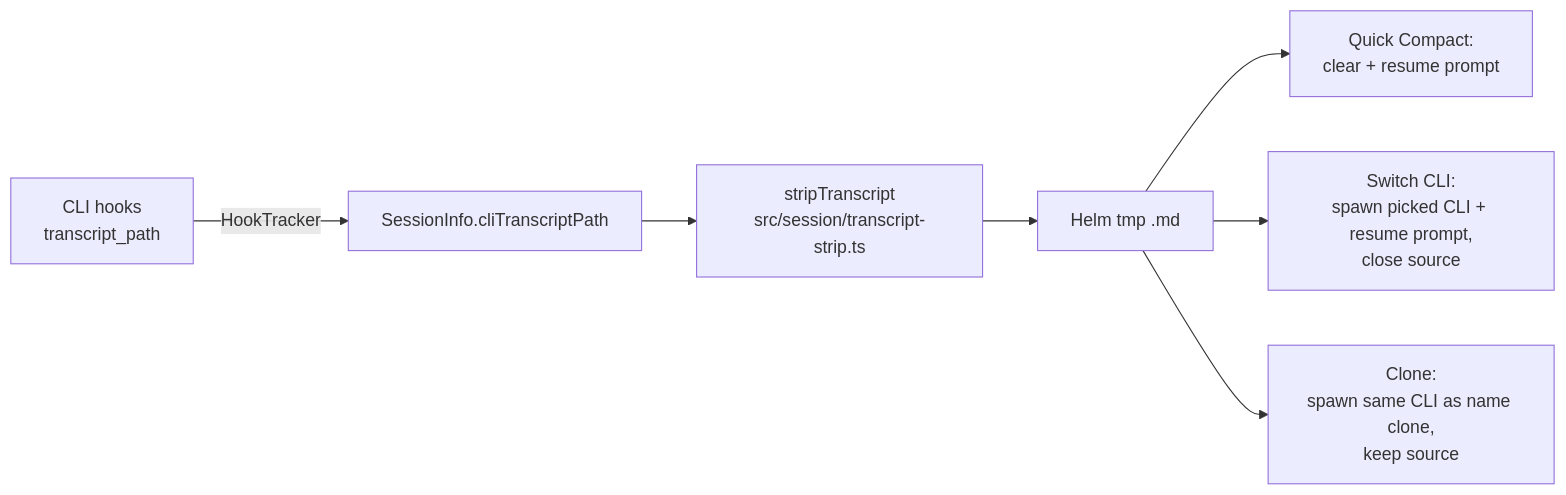
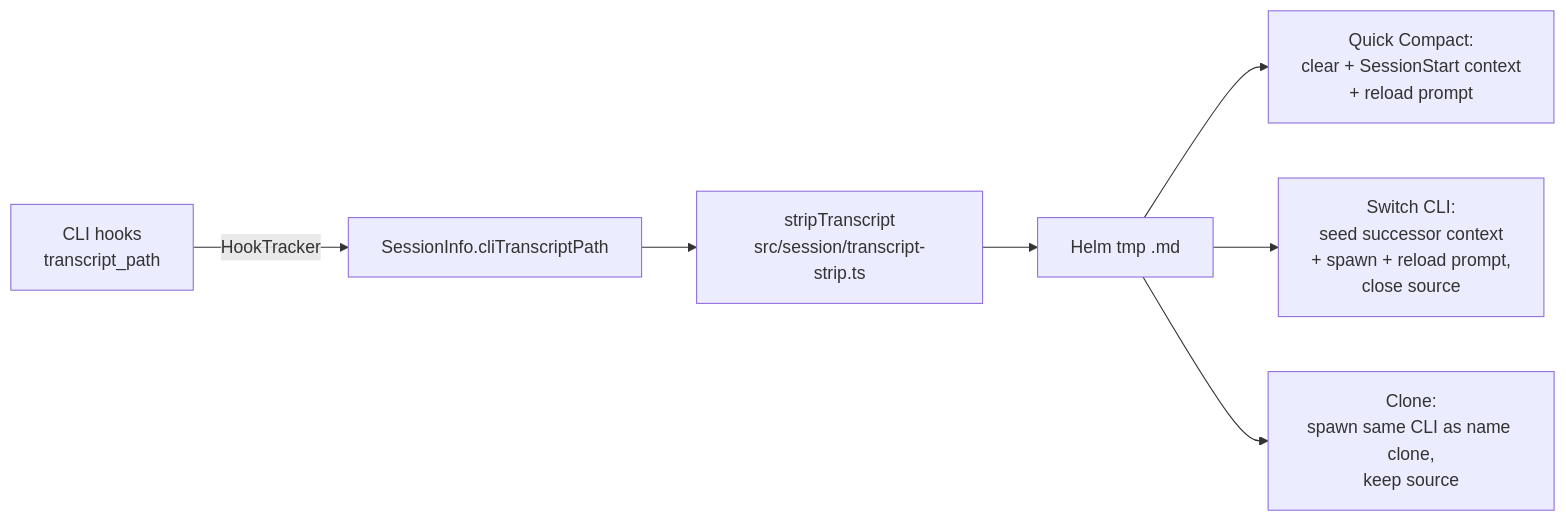
One commit to PetePeter/helm changed the second of 2 diagrams in docs/quick-compact-switch-cli.md. Above: the diagram before and after it, drawn with Mermaid. The commit also changed other lines of this file and 11 other files, not shown here.

First line of the commit message:
feat(session): quick compact and switch CLI reload full session context (P-1220)

````diff
--- a/docs/quick-compact-switch-cli.md
+++ b/docs/quick-compact-switch-cli.md
@@ -22,9 +23,9 @@
 ```mermaid
 graph LR
     H[CLI hooks<br/>transcript_path] -->|HookTracker| S[SessionInfo.cliTranscriptPath]
     S --> X[stripTranscript<br/>src/session/transcript-strip.ts]
     X --> F[Helm tmp .md]
-    F --> C[Quick Compact:<br/>clear + resume prompt]
-    F --> W[Switch CLI:<br/>spawn picked CLI + resume prompt,<br/>close source]
+    F --> C[Quick Compact:<br/>clear + SessionStart context<br/>+ reload prompt]
+    F --> W[Switch CLI:<br/>seed successor context<br/>+ spawn + reload prompt,<br/>close source]
     F --> K[Clone:<br/>spawn same CLI as name clone,<br/>keep source]
 ```
````
